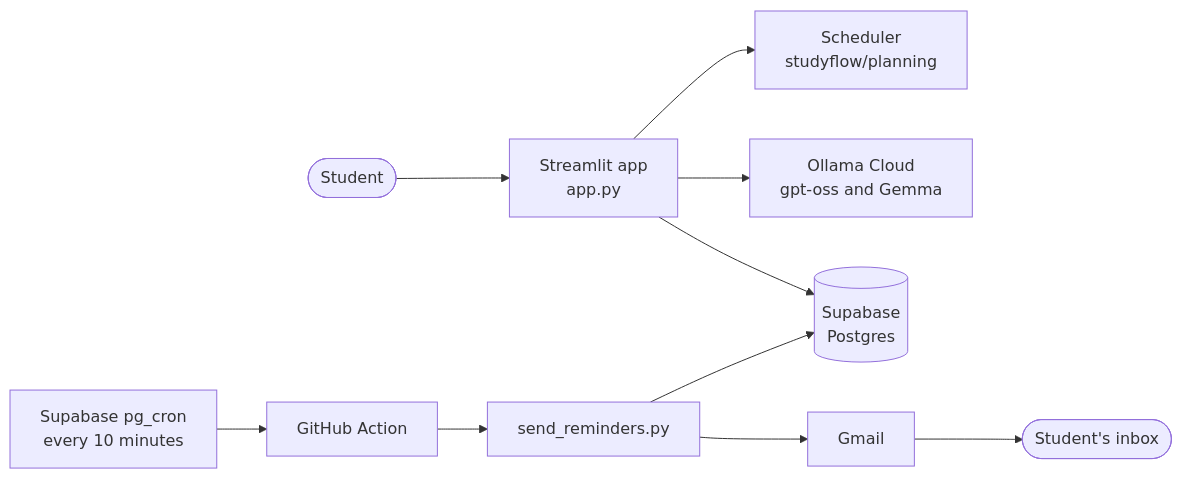
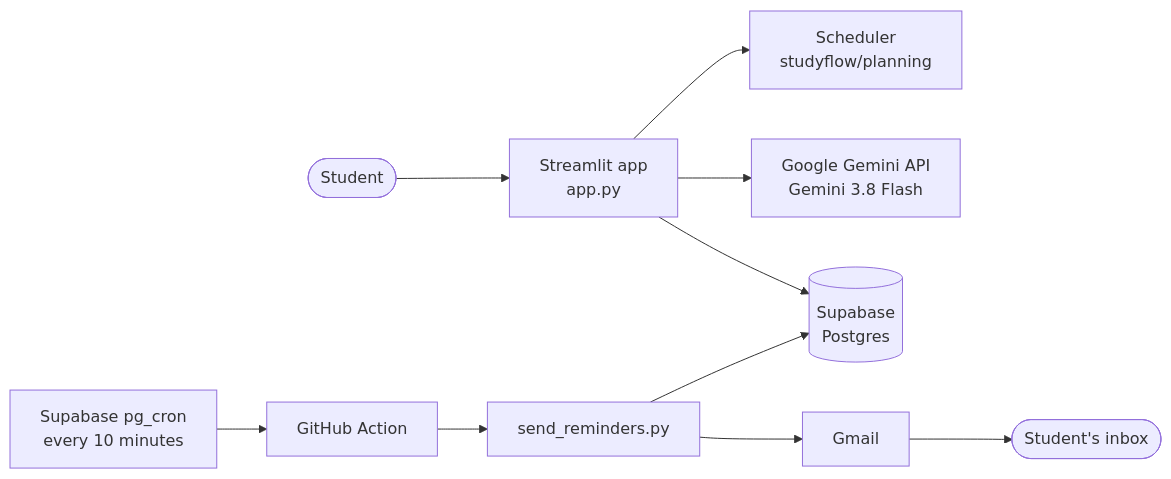
The diagram in README.md (dharshan-can-code/studyflow-ai), drawn with Mermaid before and after one commit. The commit also changed other lines of this file and 4 other files, not shown here.

````diff
--- a/README.md
+++ b/README.md
@@ -106,11 +106,11 @@
 ```mermaid
 flowchart LR
     Student([Student]) --> App[Streamlit app<br/>app.py]
     App --> Planner[Scheduler<br/>studyflow/planning]
-    App --> AI[Ollama Cloud<br/>gpt-oss and Gemma]
+    App --> AI[Google Gemini API<br/>Gemini 3.8 Flash]
     App --> DB[(Supabase<br/>Postgres)]
     Cron[Supabase pg_cron<br/>every 10 minutes] --> Action[GitHub Action]
     Action --> Reminders[send_reminders.py]
     Reminders --> DB
     Reminders --> Gmail[Gmail] --> Inbox([Student's inbox])
 ```
````
